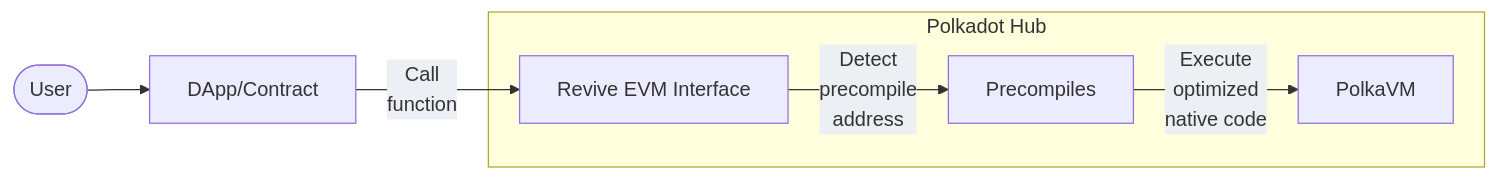
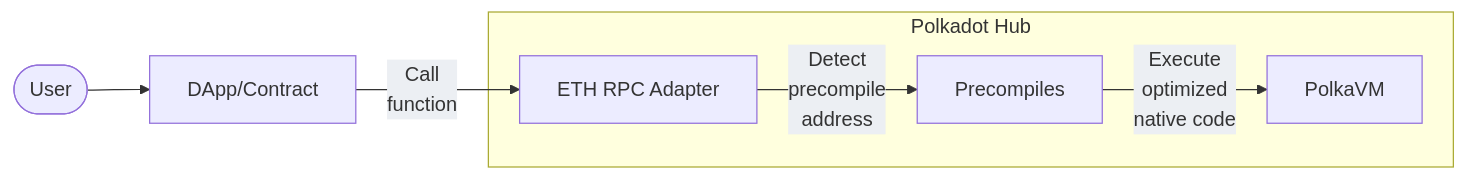
The diagram in develop/smart-contracts/precompiles.md (polkadot-developers/polkadot-docs), drawn with Mermaid before and after one commit. The commit also changed other lines of this file and 1 other file, not shown here.

````diff
--- a/develop/smart-contracts/precompiles.md
+++ b/develop/smart-contracts/precompiles.md
@@ -14,21 +14,21 @@
 ```mermaid
 flowchart LR
     User(["User"])
     DApp["DApp/Contract"]
-    PolkaEVM["Revive EVM Interface"]
+    PolkaEVM["ETH RPC Adapter"]
     Precompiles["Precompiles"]
     Runtime["PolkaVM"]
 
     User --> DApp
     DApp -->|"Call\nfunction"| PolkaEVM
     PolkaEVM -->|"Detect\nprecompile\naddress"| Precompiles
     Precompiles -->|"Execute\noptimized\nnative code"| Runtime
 
     subgraph "Polkadot Hub"
         PolkaEVM
         Precompiles
         Runtime
     end
 
     classDef edgeLabel background:#eceff3;
 ```
````
